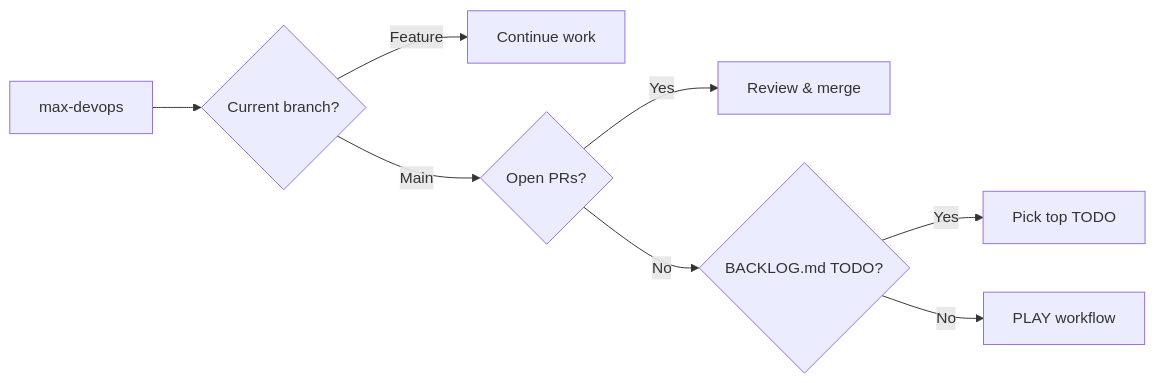
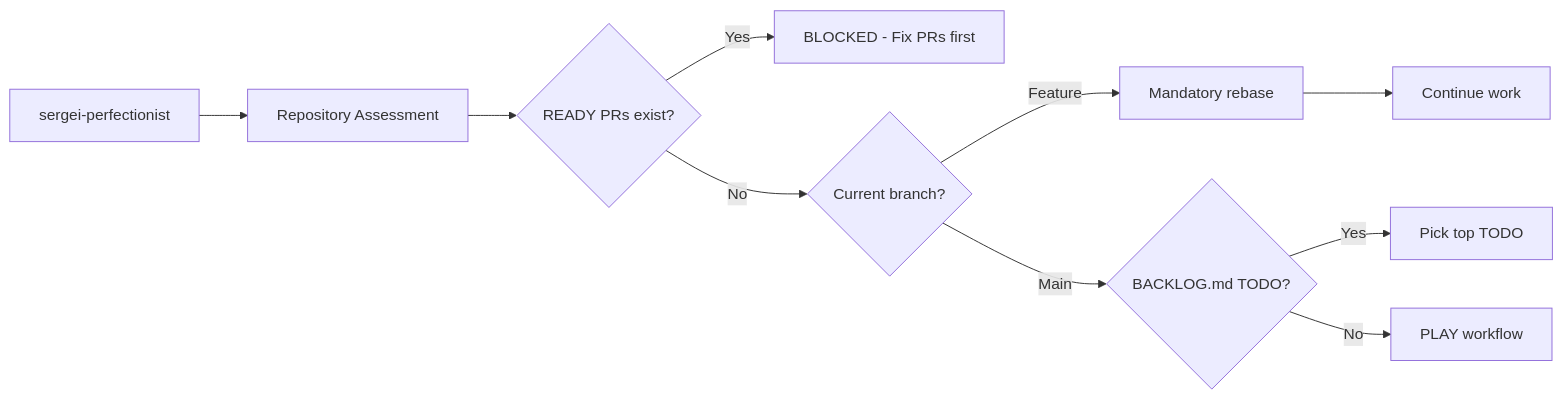
The second of 2 diagrams in README.md (krystophny/prompts), drawn with Mermaid before and after one commit. The commit also changed other lines of this file and 1 other file, not shown here.

````diff
--- a/README.md
+++ b/README.md
@@ -109,10 +119,11 @@
 ```mermaid
 graph LR
-    START[max-devops] --> BR{Current branch?}
-    BR -->|Feature| CONT[Continue work]
-    BR -->|Main| PR{Open PRs?}
-    PR -->|Yes| REV[Review & merge]
-    PR -->|No| BL{BACKLOG.md TODO?}
+    START[sergei-perfectionist] --> ASSESS[Repository Assessment]
+    ASSESS --> PR{READY PRs exist?}
+    PR -->|Yes| BLOCK[BLOCKED - Fix PRs first]
+    PR -->|No| BR{Current branch?}
+    BR -->|Feature| REBASE[Mandatory rebase] --> CONT[Continue work]
+    BR -->|Main| BL{BACKLOG.md TODO?}
     BL -->|Yes| WORK[Pick top TODO]
     BL -->|No| PLAY[PLAY workflow]
 ```
````
